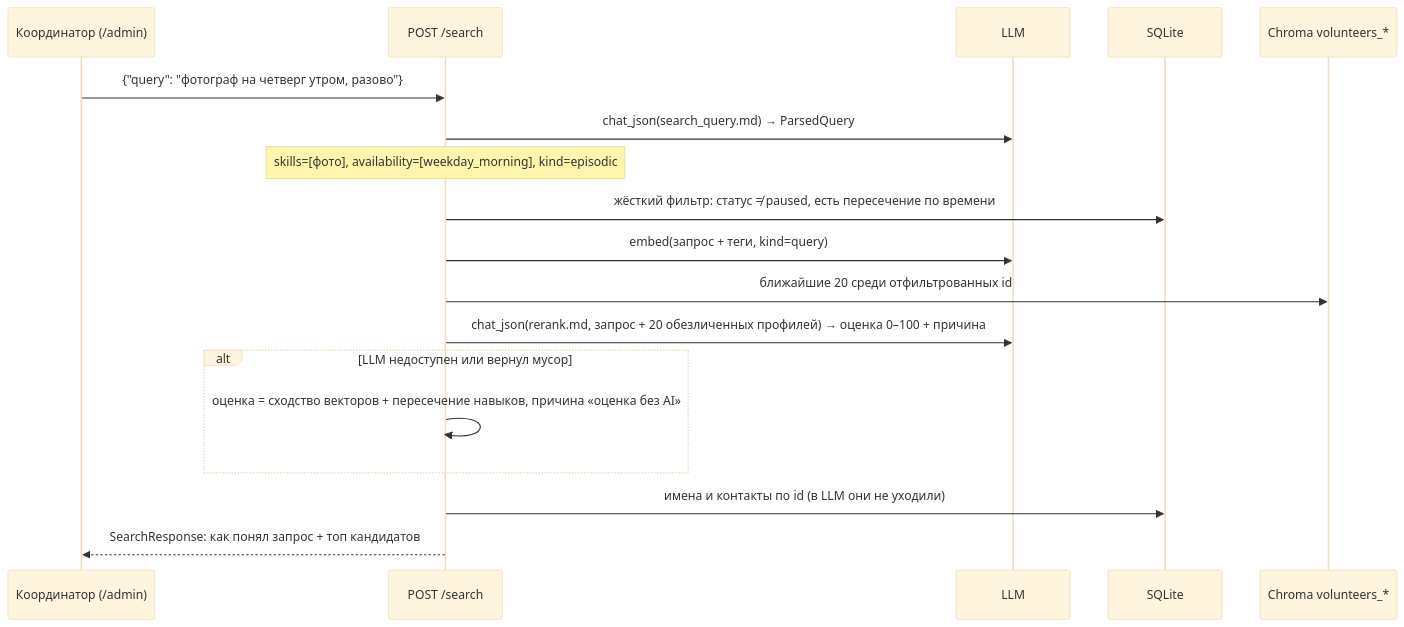
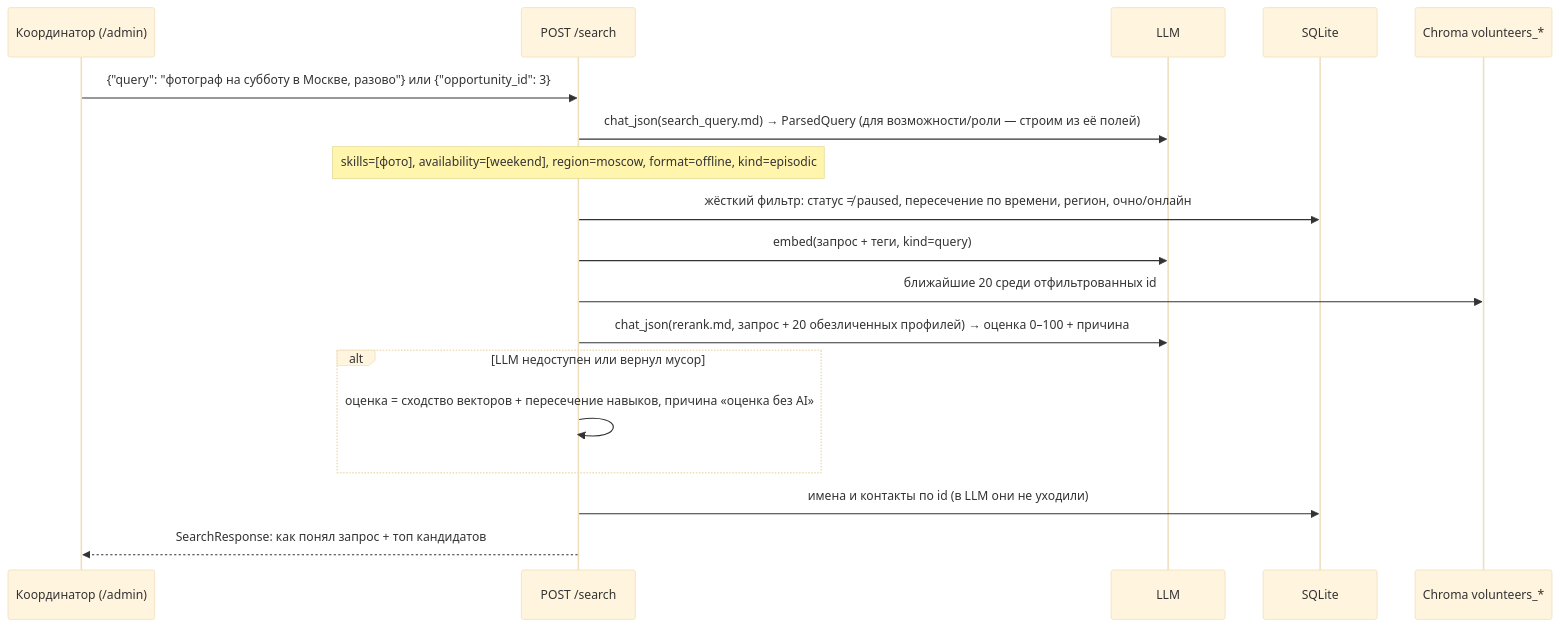
Before and after one commit to fry-alt/kod-so-smyslom-2: the second of 2 diagrams in docs/ARCHITECTURE.md, drawn with Mermaid (base theme). The commit also changed other lines of this file and 4 other files, not shown here.

````diff
--- a/docs/ARCHITECTURE.md
+++ b/docs/ARCHITECTURE.md
@@ -46,20 +50,20 @@
 ```mermaid
 sequenceDiagram
     participant K as Координатор (/admin)
     participant S as POST /search
     participant L as LLM
     participant DB as SQLite
     participant I as Chroma volunteers_*
-    K->>S: {"query": "фотограф на четверг утром, разово"}
-    S->>L: chat_json(search_query.md) → ParsedQuery
-    Note over S: skills=[фото], availability=[weekday_morning], kind=episodic
-    S->>DB: жёсткий фильтр: статус ≠ paused, есть пересечение по времени
+    K->>S: {"query": "фотограф на субботу в Москве, разово"} или {"opportunity_id": 3}
+    S->>L: chat_json(search_query.md) → ParsedQuery (для возможности/роли — строим из её полей)
+    Note over S: skills=[фото], availability=[weekend], region=moscow, format=offline, kind=episodic
+    S->>DB: жёсткий фильтр: статус ≠ paused, пересечение по времени, регион, очно/онлайн
     S->>L: embed(запрос + теги, kind=query)
     S->>I: ближайшие 20 среди отфильтрованных id
     S->>L: chat_json(rerank.md, запрос + 20 обезличенных профилей) → оценка 0–100 + причина
     alt LLM недоступен или вернул мусор
         S->>S: оценка = сходство векторов + пересечение навыков, причина «оценка без AI»
     end
     S->>DB: имена и контакты по id (в LLM они не уходили)
     S-->>K: SearchResponse: как понял запрос + топ кандидатов
 ```
````
